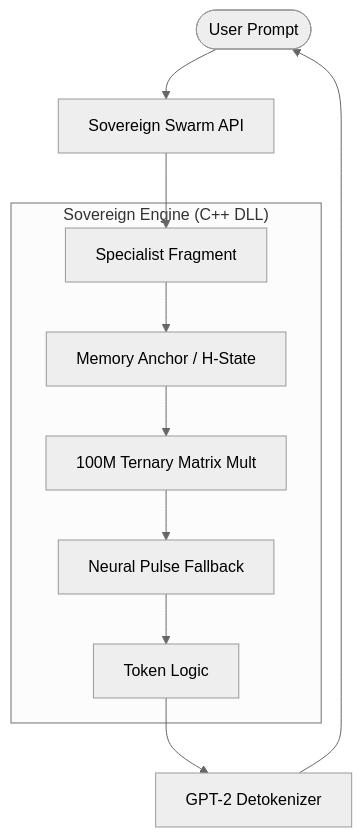
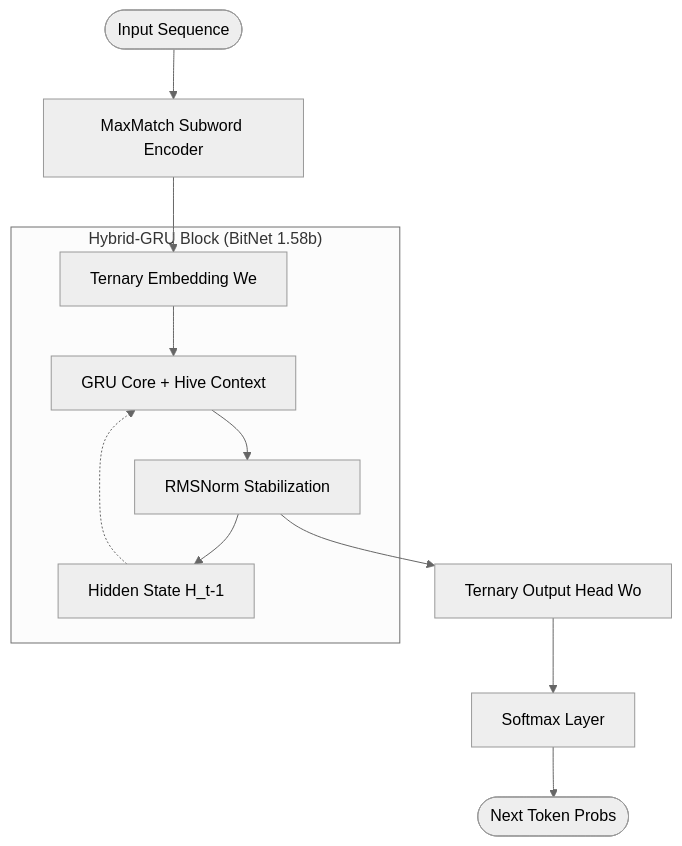
The diagram in README.md (sumithkumar07/Hybrid-GRU), drawn with Mermaid (neutral theme) before and after one commit. The commit also changed other lines of this file, not shown here.

````diff
--- a/README.md
+++ b/README.md
@@ -25,15 +38,16 @@
 ```mermaid
 graph TD
-    User([User Prompt]) --> Swarm[Sovereign Swarm API]
-    Swarm --> Agent[Specialist Fragment]
+    Input([Input Sequence]) --> Tokenizer[MaxMatch Subword Encoder]
+    Tokenizer --> Embedding[Ternary Embedding We]
     
-    subgraph "Sovereign Engine (C++ DLL)"
-        Agent --> Context[Memory Anchor / H-State]
-        Context --> BitNet[100M Ternary Matrix Mult]
-        BitNet --> Pulse[Neural Pulse Fallback]
-        Pulse --> Output[Token Logic]
+    subgraph "Hybrid-GRU Block (BitNet 1.58b)"
+        Embedding --> GRU[GRU Core + Hive Context]
+        GRU --> Norm[RMSNorm Stabilization]
+        Norm --> Recurrence[Hidden State H_t-1]
+        Recurrence -.-> GRU
     end
     
-    Output --> Detokenizer[GPT-2 Detokenizer]
-    Detokenizer --> User
+    Norm --> Head[Ternary Output Head Wo]
+    Head --> Softmax[Softmax Layer]
+    Softmax --> Output([Next Token Probs])
 ```
````
